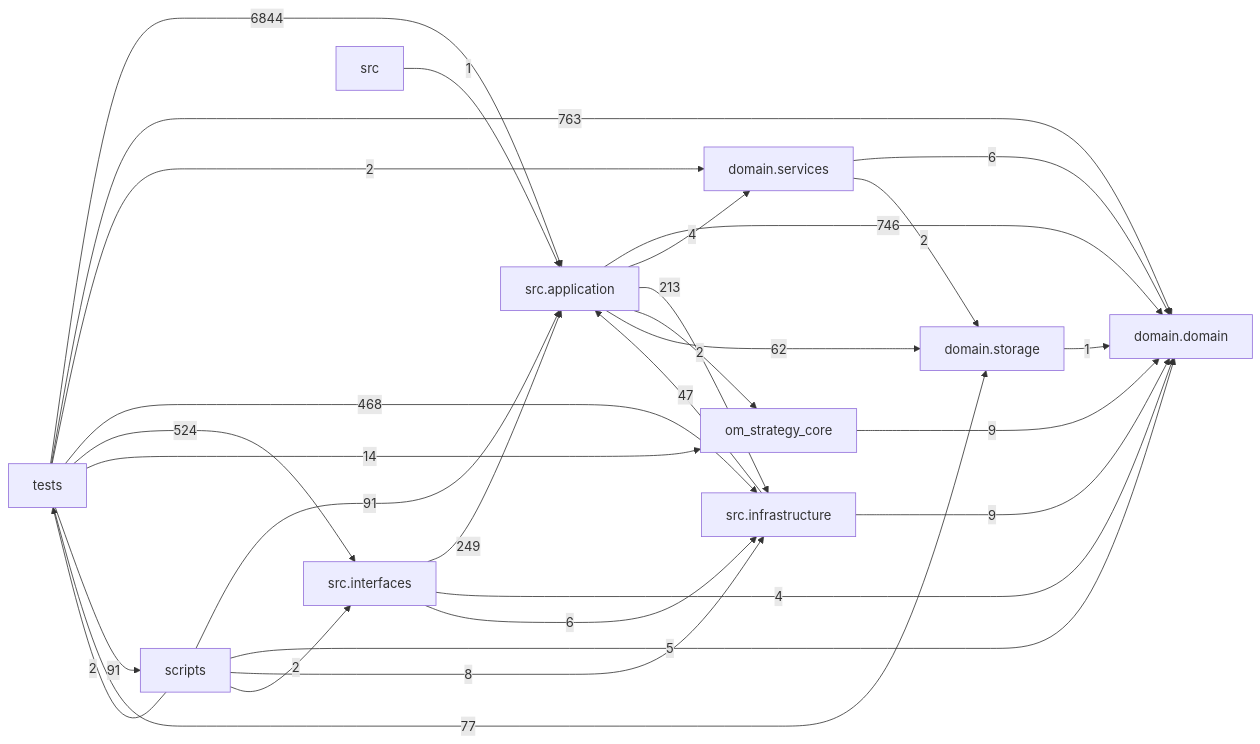
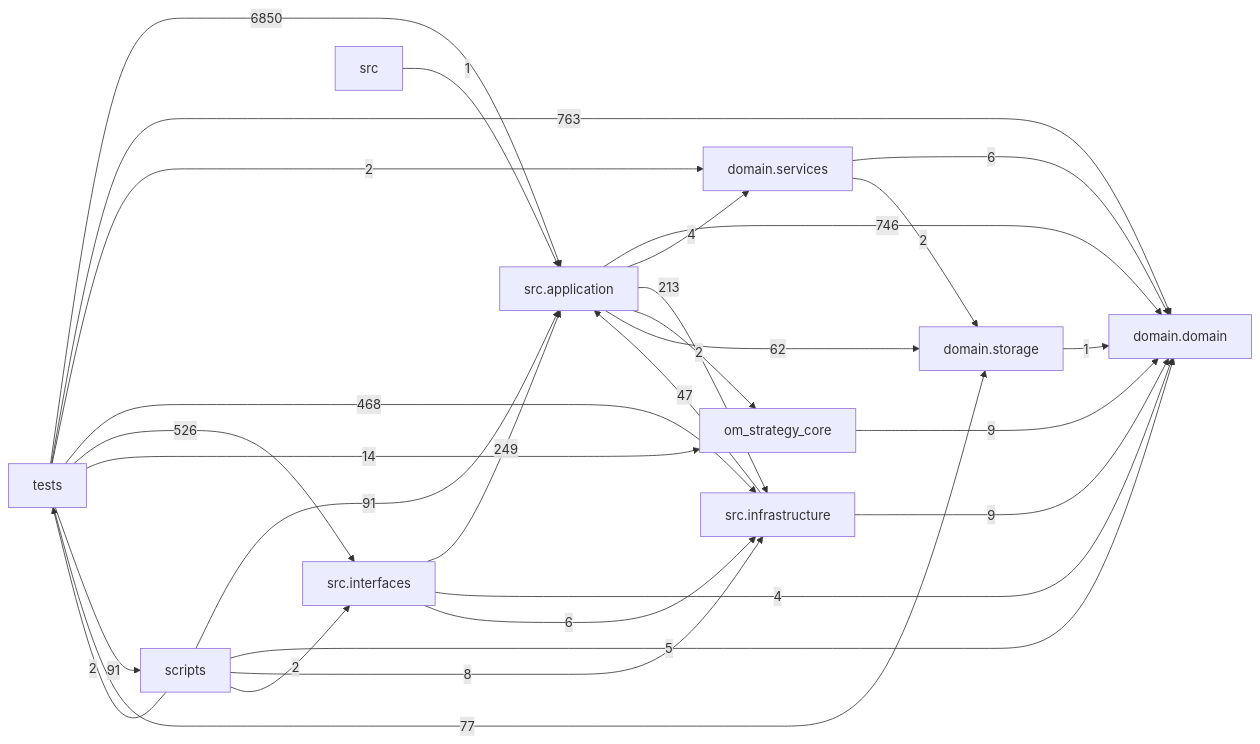
One commit to liuxie066/options-monitor changed the diagram in docs/DEPENDENCY_GRAPH.md. Above: the diagram before and after it, drawn with Mermaid. The commit also changed other lines of this file and 2 other files, not shown here.

````diff
--- a/docs/DEPENDENCY_GRAPH.md
+++ b/docs/DEPENDENCY_GRAPH.md
@@ -24,39 +24,39 @@
 ```mermaid
 flowchart LR
   tests["tests"]
   scripts["scripts"]
   interfaces["src.interfaces"]
   application["src.application"]
   infrastructure["src.infrastructure"]
   domain_services["domain.services"]
   domain["domain.domain"]
   storage["domain.storage"]
   application -->|746| domain
   application -->|4| domain_services
   application -->|213| infrastructure
   application -->|2| om_strategy_core
   application -->|62| storage
   domain_services -->|6| domain
   domain_services -->|2| storage
   infrastructure -->|47| application
   infrastructure -->|9| domain
   interfaces -->|249| application
   interfaces -->|4| domain
   interfaces -->|6| infrastructure
   om_strategy_core -->|9| domain
   scripts -->|91| application
   scripts -->|5| domain
   scripts -->|8| infrastructure
   scripts -->|2| interfaces
   scripts -->|2| tests
   src -->|1| application
   storage -->|1| domain
-  tests -->|6844| application
+  tests -->|6850| application
   tests -->|763| domain
   tests -->|2| domain_services
   tests -->|468| infrastructure
-  tests -->|524| interfaces
+  tests -->|526| interfaces
   tests -->|14| om_strategy_core
   tests -->|91| scripts
   tests -->|77| storage
 ```
````
